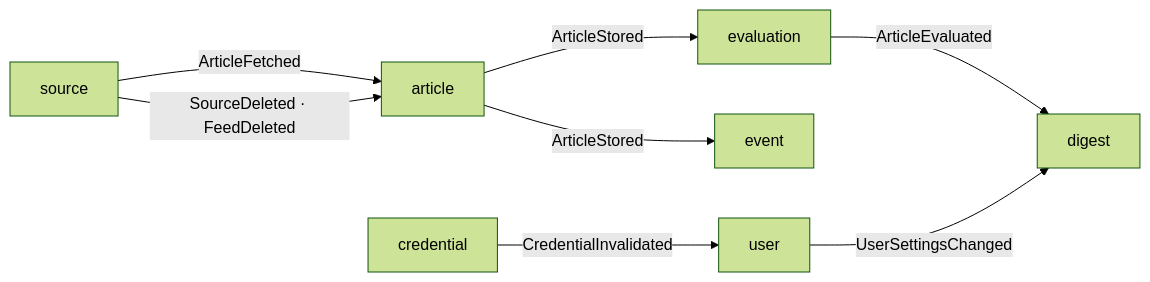
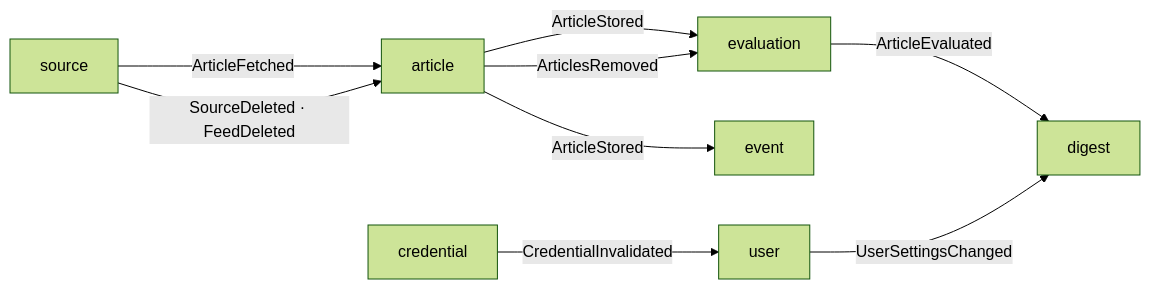
Before and after one commit to Theia0382/yozm-news: the second of 2 diagrams in docs/overview.md, drawn with Mermaid (forest theme). The commit also changed other lines of this file and 13 other files, not shown here.

````diff
--- a/docs/overview.md
+++ b/docs/overview.md
@@ -136,10 +136,11 @@
 ```mermaid
 flowchart LR
     source -- ArticleFetched --> article
     source -- SourceDeleted · FeedDeleted --> article
     article -- ArticleStored --> evaluation
+    article -- ArticlesRemoved --> evaluation
     article -- ArticleStored --> event
     evaluation -- ArticleEvaluated --> digest
     user -- UserSettingsChanged --> digest
     credential -- CredentialInvalidated --> user
 ```
````
